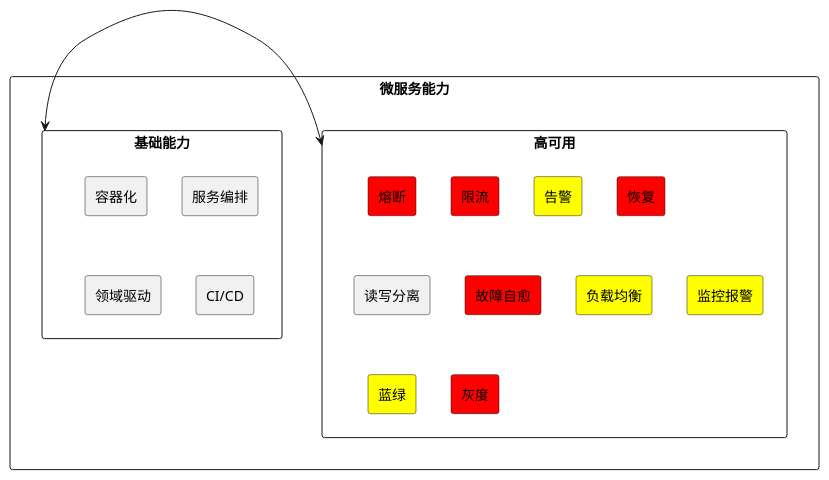
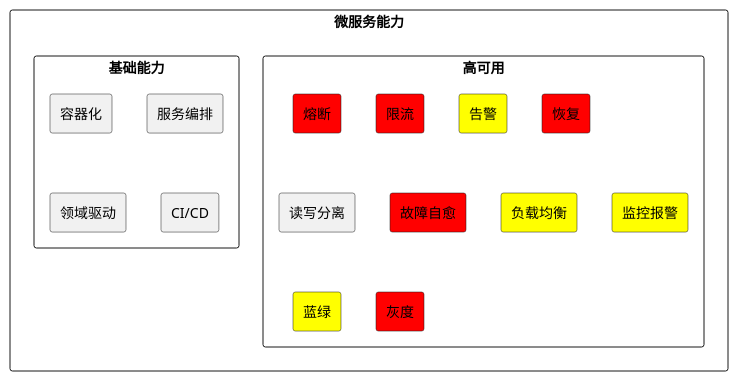
Before and after one commit to xiefei0826/document: the second of 2 diagrams in 软件架构/微服务/架构.adoc, drawn with PlantUML. The commit also changed other lines of this file and 2 other files, not shown here.

```diff
--- a/软件架构/微服务/架构.adoc
+++ b/软件架构/微服务/架构.adoc
@@ -48,26 +48,25 @@
 [plantuml]
 ....
 skinparam componentStyle rectangle
 component 微服务能力{
     component 高可用 as ha{
         [熔断] #red
         [限流] #red
         [告警] #yellow
         [恢复] #red
         [读写分离] 
         [故障自愈] #red
         [负载均衡] #yellow
         [监控报警] #yellow
         [蓝绿] #yellow
         [灰度] #red
     }
 
     component 基础能力 as base{
         [容器化]
         [服务编排]
         [领域驱动]
         [CI/CD]
     }
-    ha <-left-> base
 }
 ....
```
